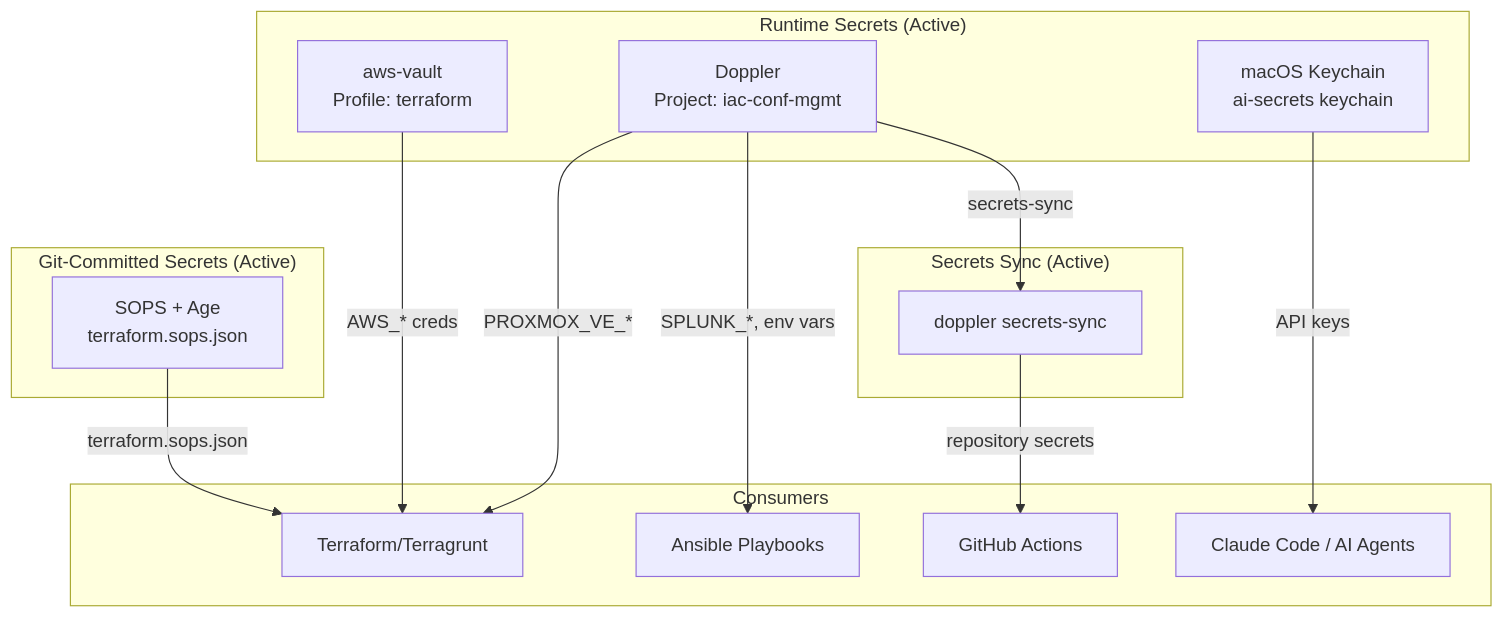
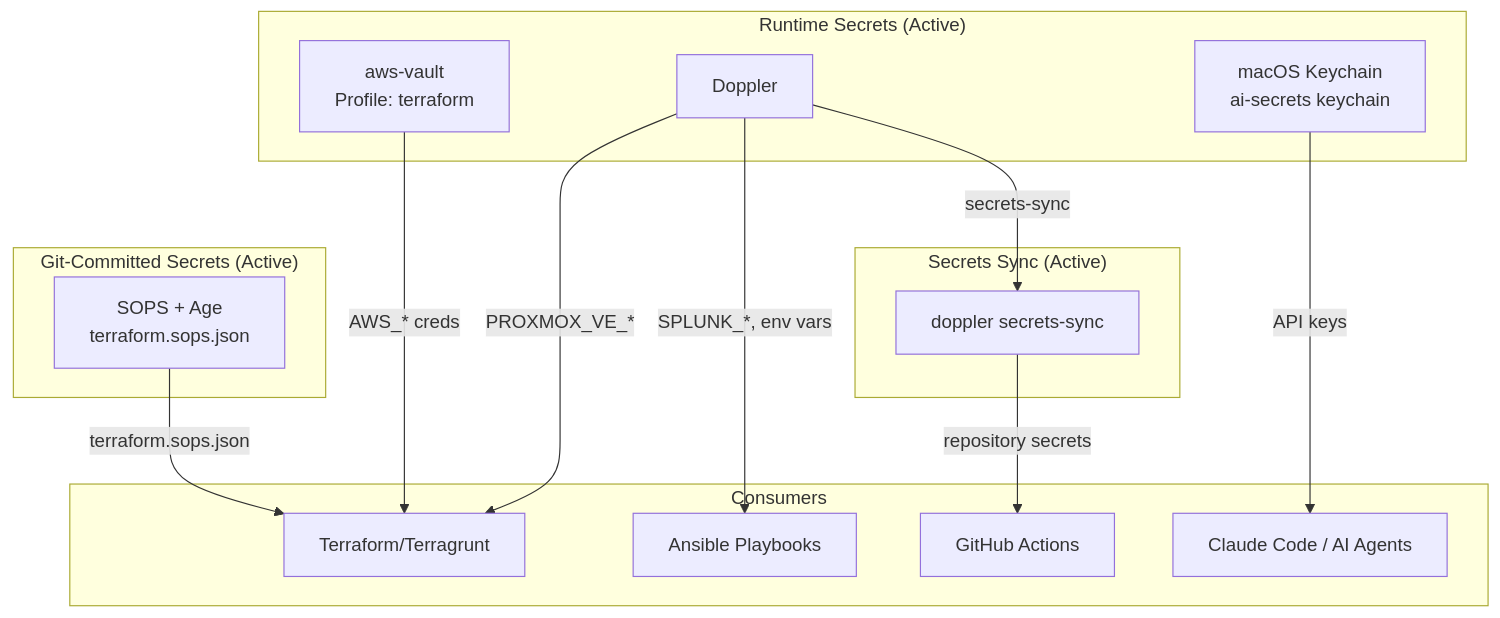
One commit to dryvist/terraform-proxmox changed the third of 3 diagrams in docs/ARCHITECTURE.md. Above: the diagram before and after it, drawn with Mermaid. The commit also changed 6 other files, not shown here.

````diff
--- a/docs/ARCHITECTURE.md
+++ b/docs/ARCHITECTURE.md
@@ -107,31 +107,31 @@
 ```mermaid
 flowchart TD
     subgraph Runtime["Runtime Secrets (Active)"]
-        DOP[Doppler<br/>Project: iac-conf-mgmt]
+        DOP[Doppler]
         AV[aws-vault<br/>Profile: terraform]
         KC[macOS Keychain<br/>ai-secrets keychain]
     end
 
     subgraph Sync["Secrets Sync (Active)"]
         DS[doppler secrets-sync]
     end
 
     subgraph GitCommitted["Git-Committed Secrets (Active)"]
         SOPS[SOPS + Age<br/>terraform.sops.json]
     end
 
     subgraph Consumers["Consumers"]
         TF[Terraform/Terragrunt]
         ANS[Ansible Playbooks]
         GHA[GitHub Actions]
         AI[Claude Code / AI Agents]
     end
 
     DOP -->|PROXMOX_VE_*| TF
     DOP -->|SPLUNK_*, env vars| ANS
     DOP -->|secrets-sync| DS
     DS -->|repository secrets| GHA
     AV -->|AWS_* creds| TF
     KC -->|API keys| AI
     SOPS -->|terraform.sops.json| TF
 ```
````
